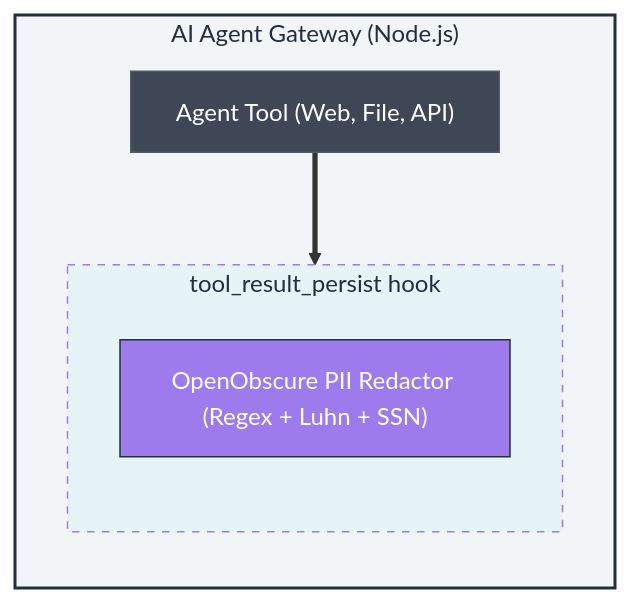
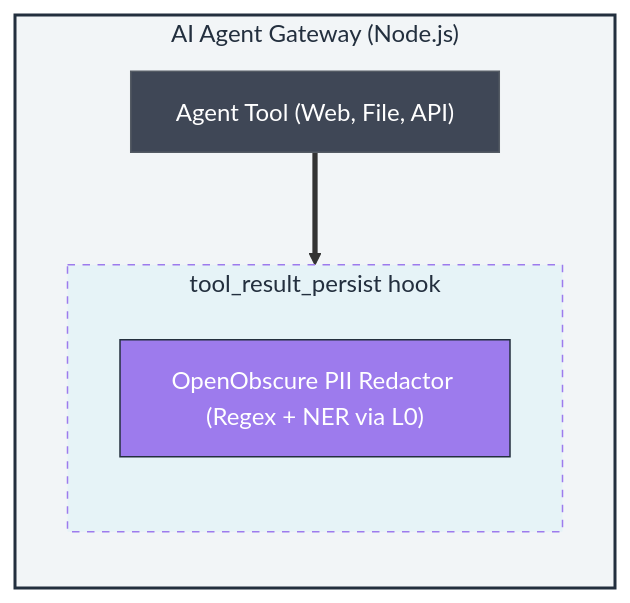
One commit to OpenObscure/OpenObscure changed the diagram in openobscure-plugin/ARCHITECTURE.md. Above: the diagram before and after it, drawn with Mermaid. The commit also changed other lines of this file and 36 other files, not shown here.

````diff
--- a/openobscure-plugin/ARCHITECTURE.md
+++ b/openobscure-plugin/ARCHITECTURE.md
@@ -11,18 +11,18 @@
 ```mermaid
 graph TD
     subgraph Gateway ["AI Agent Gateway (Node.js)"]
         direction TB
         AgentTool["Agent Tool (Web, File, API)"]
         subgraph HookContainer ["tool_result_persist hook"]
             direction TB
-            Redactor["OpenObscure PII Redactor (Regex + Luhn + SSN)"]
+            Redactor["OpenObscure PII Redactor (Regex + NER via L0)"]
         end
     end
 
     AgentTool ==> HookContainer
 
     style Gateway fill:#f2f5f7,stroke:#232F3E,stroke-width:2px,color:#232F3E
     style HookContainer fill:#e6f3f7,stroke:#9D7BED,stroke-dasharray: 5 5,color:#232F3E
     style AgentTool fill:#3F4756,stroke:#545b64,color:#fff
     style Redactor fill:#9D7BED,stroke:#232F3E,color:#fff
 ```
````
